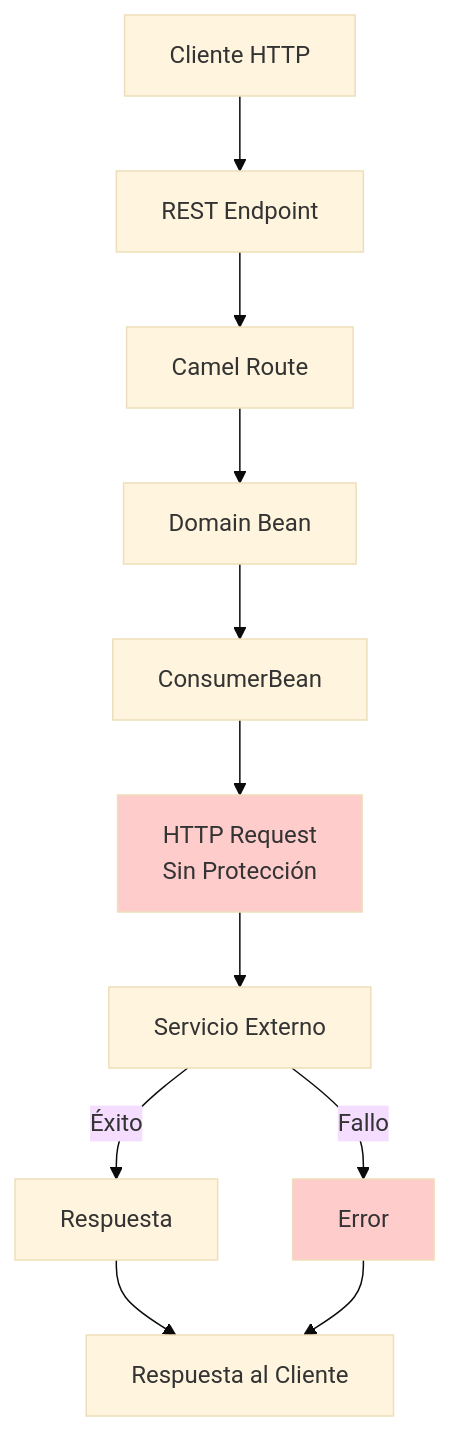
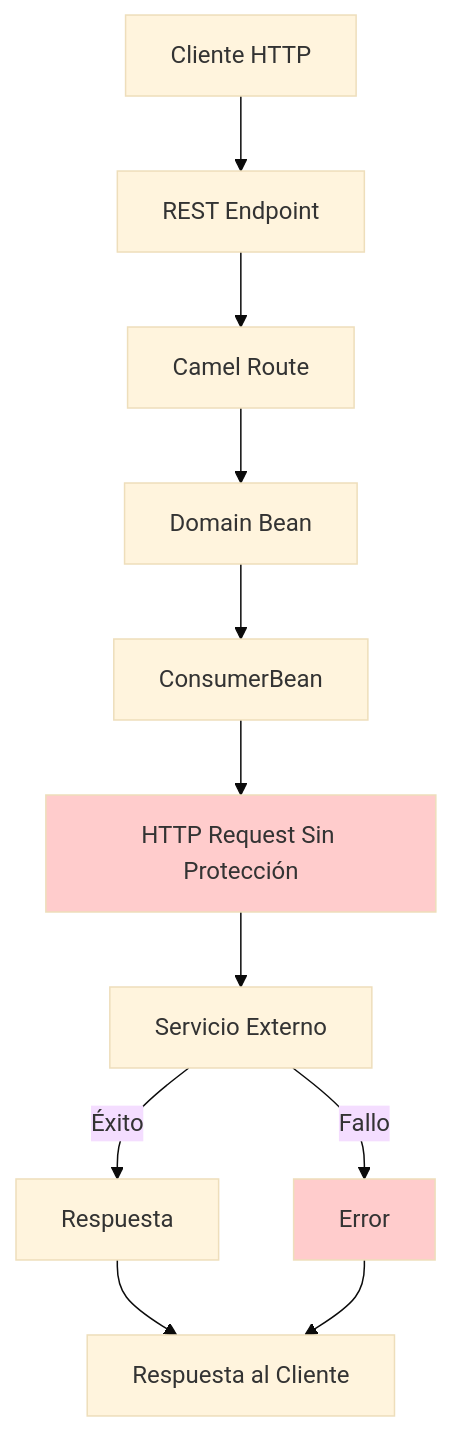
One commit to rrondinel/documents changed diagram 26 of 27 in DIAGRAMAS_MERMAID_COMPARATIVOS.md. Above: the diagram before and after it, drawn with Mermaid (base theme). The commit also changed other lines of this file, not shown here.

````diff
--- a/DIAGRAMAS_MERMAID_COMPARATIVOS.md
+++ b/DIAGRAMAS_MERMAID_COMPARATIVOS.md
@@ -951,16 +951,16 @@
 ```mermaid
 graph TD
     Start[Cliente HTTP] --> REST[REST Endpoint]
     REST --> Route[Camel Route]
     Route --> Bean[Domain Bean]
     Bean --> Consumer[ConsumerBean]
-    Consumer --> HTTP[HTTP Request<br/>Sin Protección]
+    Consumer --> HTTP["HTTP Request Sin Protección"]
     HTTP --> Ext[Servicio Externo]
     Ext -->|Éxito| Success[Respuesta]
     Ext -->|Fallo| Error[Error]
     Success --> Response[Respuesta al Cliente]
     Error --> Response
     
     style HTTP fill:#ffcccc
     style Error fill:#ffcccc
 ```
````
